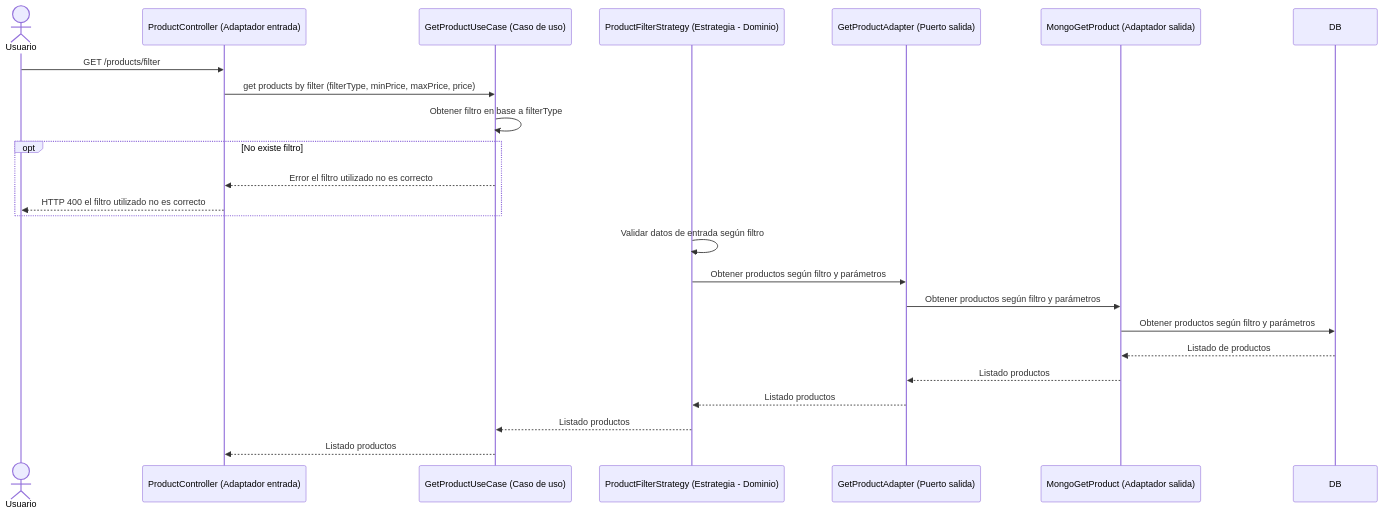
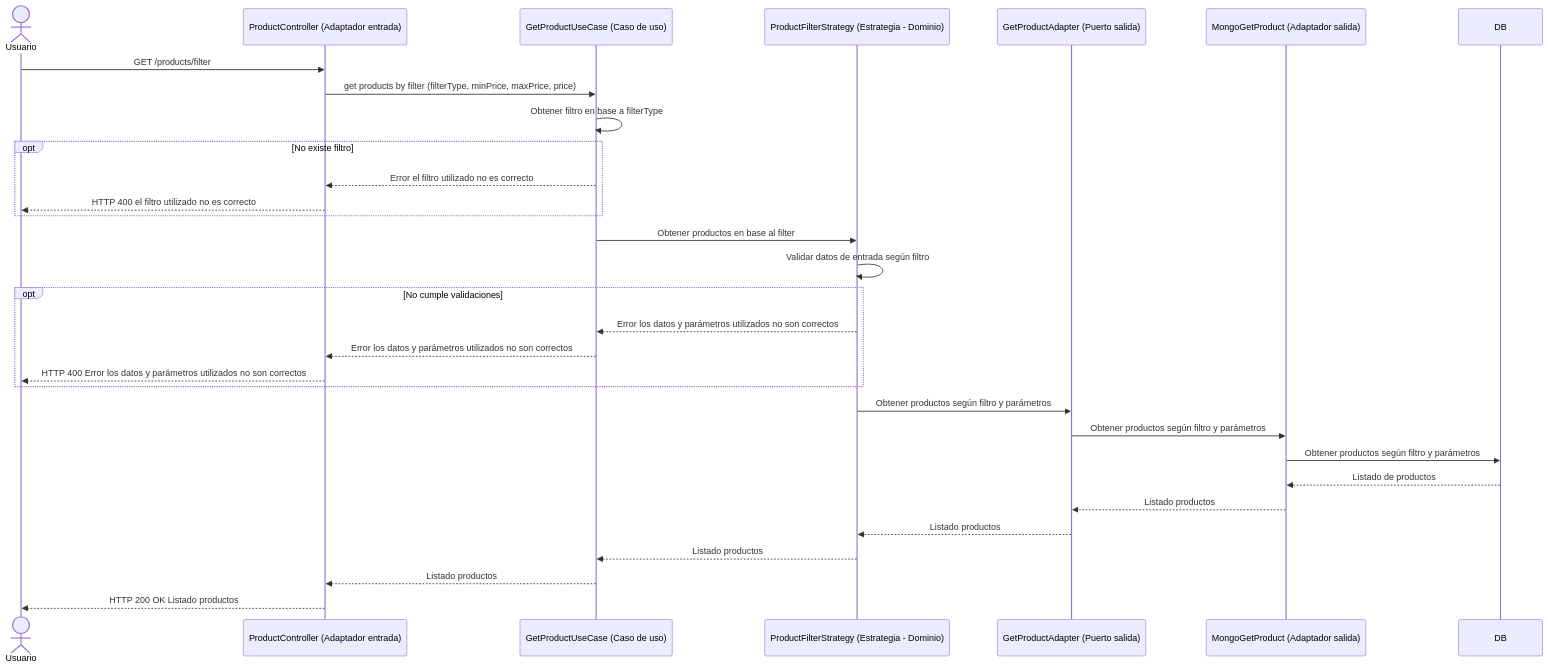
The diagram in docs/usecases/product/filter_products.md (PabloGMarrero/arqui-soft-II), drawn with Mermaid before and after one commit.

Commit message:
Tp 1 primera entrega (#3)
* feature: refactor classes, fix between filter and docs

````diff
--- a/docs/usecases/product/filter_products.md
+++ b/docs/usecases/product/filter_products.md
@@ -1,26 +1,33 @@
 ```mermaid
 sequenceDiagram
     actor Usuario
     participant Controller as ProductController (Adaptador entrada)
     participant UseCase as GetProductUseCase (Caso de uso)
     participant Filter as ProductFilterStrategy (Estrategia - Dominio)
     participant GetProductAdapter as GetProductAdapter (Puerto salida)
     participant MongoGetProduct as MongoGetProduct (Adaptador salida)
     
     Usuario->>Controller: GET /products/filter
     Controller->>UseCase: get products by filter (filterType, minPrice, maxPrice, price)
     UseCase->>UseCase: Obtener filtro en base a filterType
     opt No existe filtro
         UseCase-->>Controller: Error el filtro utilizado no es correcto
         Controller-->>Usuario: HTTP 400 el filtro utilizado no es correcto
     end
+    UseCase->>Filter: Obtener productos en base al filter
     Filter->>Filter: Validar datos de entrada según filtro
+    opt No cumple validaciones
+        Filter-->>UseCase: Error los datos y parámetros utilizados no son correctos
+        UseCase-->>Controller: Error los datos y parámetros utilizados no son correctos
+        Controller-->>Usuario: HTTP 400 Error los datos y parámetros utilizados no son correctos
+    end
     Filter->>GetProductAdapter: Obtener productos según filtro y parámetros
     GetProductAdapter->>MongoGetProduct: Obtener productos según filtro y parámetros
     MongoGetProduct->>DB: Obtener productos según filtro y parámetros
     DB-->>MongoGetProduct: Listado de productos
     MongoGetProduct-->>GetProductAdapter: Listado productos 
     GetProductAdapter-->>Filter: Listado productos 
     Filter-->>UseCase: Listado productos 
     UseCase-->>Controller: Listado productos 
+    Controller-->>Usuario: HTTP 200 OK Listado productos 
 ```
````
